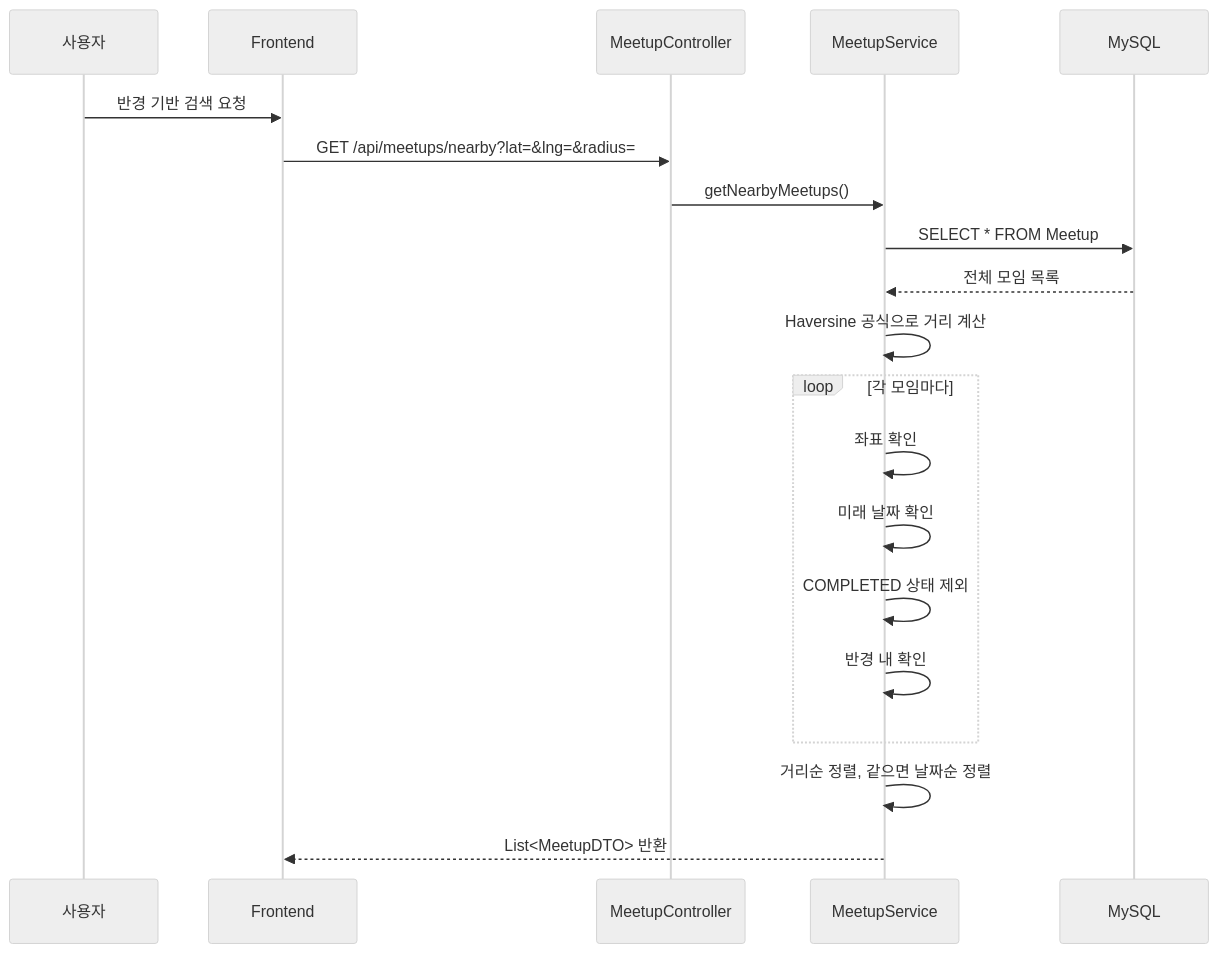
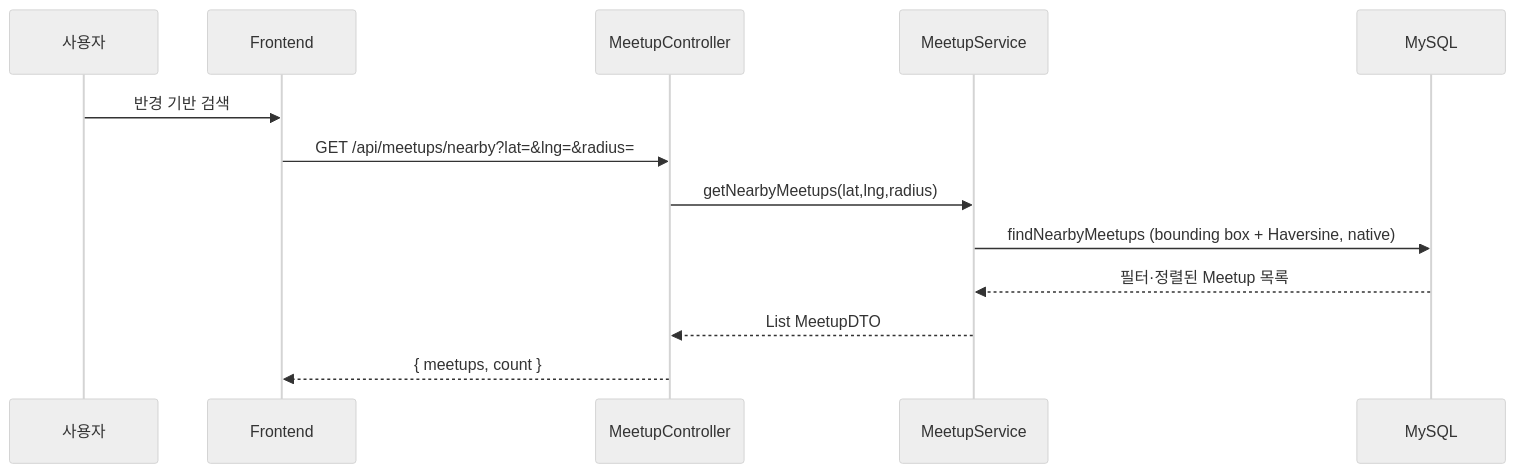
One commit to makkong1/Petory changed the fourth of 4 diagrams in docs/architecture/산책 & 오프라인 모임 아키텍처.md. Above: the diagram before and after it, drawn with Mermaid (neutral theme). The commit also changed other lines of this file and 12 other files, not shown here.

Commit message:
docs(architecture): 도메인 아키텍처 문서를 최신 코드·API와 동기화

````diff
--- a/docs/architecture/산책 & 오프라인 모임 아키텍처.md
+++ b/docs/architecture/산책 & 오프라인 모임 아키텍처.md
@@ -440,28 +340,16 @@
 ```mermaid
 sequenceDiagram
     participant User as 사용자
     participant Frontend
     participant MeetupController
     participant MeetupService
     participant MySQL
     
-    User->>Frontend: 반경 기반 검색 요청
+    User->>Frontend: 반경 기반 검색
     Frontend->>MeetupController: GET /api/meetups/nearby?lat=&lng=&radius=
-    MeetupController->>MeetupService: getNearbyMeetups()
-    
-    MeetupService->>MySQL: SELECT * FROM Meetup
-    MySQL-->>MeetupService: 전체 모임 목록
-    
-    MeetupService->>MeetupService: Haversine 공식으로 거리 계산
-    
-    loop 각 모임마다
-        MeetupService->>MeetupService: 좌표 확인
-        MeetupService->>MeetupService: 미래 날짜 확인
-        MeetupService->>MeetupService: COMPLETED 상태 제외
-        MeetupService->>MeetupService: 반경 내 확인
-    end
-    
-    MeetupService->>MeetupService: 거리순 정렬, 같으면 날짜순 정렬
-    
-    MeetupService-->>Frontend: List<MeetupDTO> 반환
+    MeetupController->>MeetupService: getNearbyMeetups(lat,lng,radius)
+    MeetupService->>MySQL: findNearbyMeetups (bounding box + Haversine, native)
+    MySQL-->>MeetupService: 필터·정렬된 Meetup 목록
+    MeetupService-->>MeetupController: List MeetupDTO
+    MeetupController-->>Frontend: { meetups, count }
 ```
````
